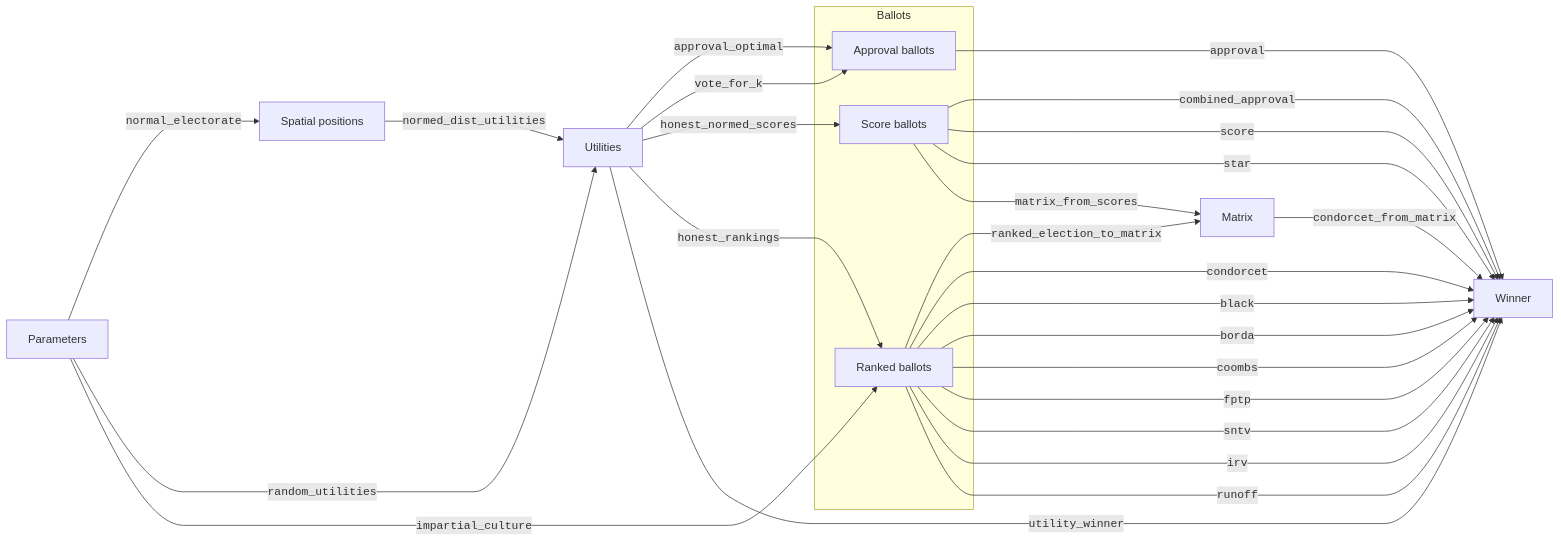
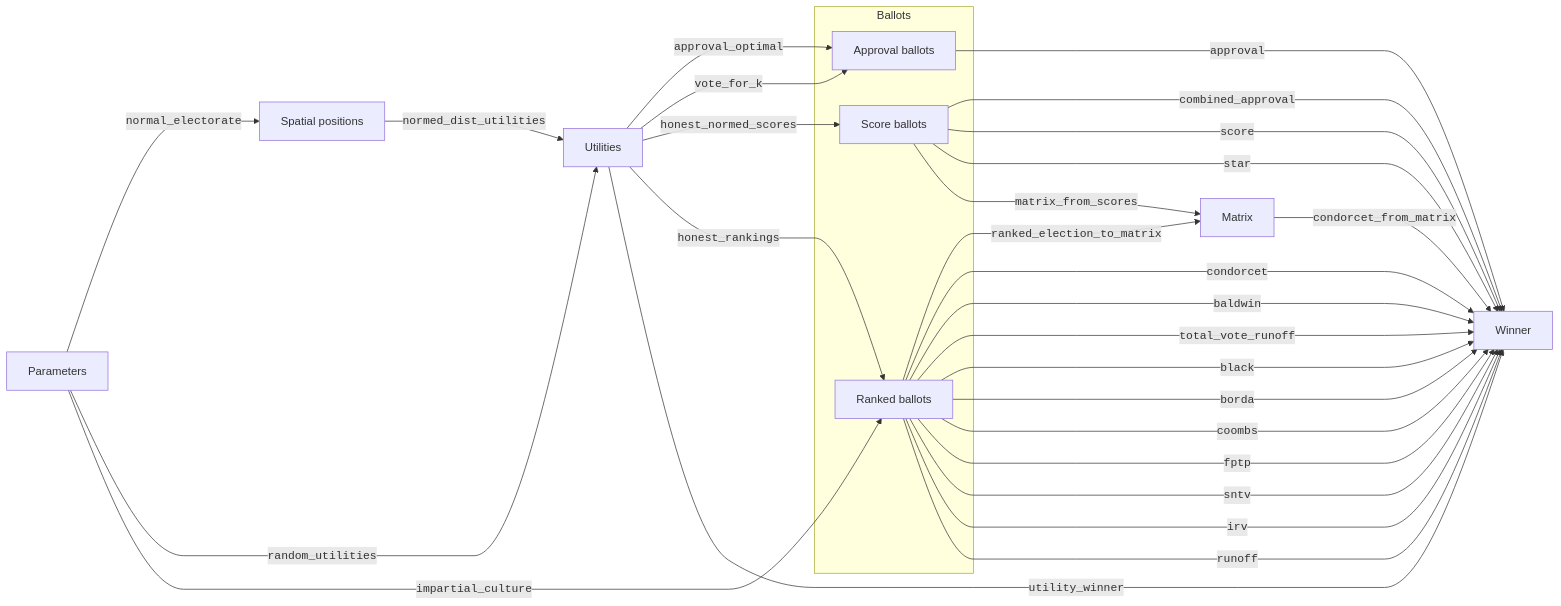
The second of 2 diagrams in README.md (endolith/elsim), drawn with Mermaid before and after one commit. The commit also changed 3 other files, not shown here.

First line of the commit message:
feat: add Baldwin's method and Total Vote Runoff

````diff
--- a/README.md
+++ b/README.md
@@ -97,59 +97,63 @@
 ```mermaid
 %%{ init: { 'flowchart': { 'curve': 'monotoneX' } } }%%
 flowchart LR
     %% elections.py
     Parameters -- <code>normal_electorate</code> --> Positions[Spatial positions]
     Positions -- <code>normed_dist_utilities</code> --> Utilities
     Parameters -- <code>random_utilities</code> --> Utilities
     Parameters -- <code>impartial_culture</code> --> ranked_ballots
 
     %% strategies.py
     Utilities -- <code>approval_optimal</code> --> approval_ballots
     Utilities -- <code>vote_for_k</code> --> approval_ballots
     Utilities -- <code>honest_normed_scores</code> --> score_ballots
     Utilities -- <code>honest_rankings</code> --> ranked_ballots
 
     subgraph Ballots
         approval_ballots[Approval ballots]
         score_ballots[Score ballots]
         ranked_ballots[Ranked ballots]
     end
 
     %% approval.py
     approval_ballots -- <code>approval</code> --> Winner
     score_ballots -- <code>combined_approval</code> --> Winner
 
     %% condorcet.py (moved out of order so it renders with fewer line collisions)
     ranked_ballots -- <code>ranked_election_to_matrix</code> --> Matrix
     Matrix -- <code>condorcet_from_matrix</code> --> Winner
     ranked_ballots -- <code>condorcet</code> --> Winner
 
+    %% baldwin.py
+    ranked_ballots -- <code>baldwin</code> --> Winner
+    ranked_ballots -- <code>total_vote_runoff</code> --> Winner
+
     %% black.py
     ranked_ballots -- <code>black</code> --> Winner
 
     %% borda.py
     ranked_ballots -- <code>borda</code> --> Winner
 
     %% coombs.py
     ranked_ballots -- <code>coombs</code> --> Winner
 
     %% fptp.py
     ranked_ballots -- <code>fptp</code> --> Winner
     ranked_ballots -- <code>sntv</code> --> Winner
 
     %% irv.py
     ranked_ballots -- <code>irv</code> --> Winner
 
     %% runoff.py
     ranked_ballots -- <code>runoff</code> --> Winner
 
     %% score.py
     score_ballots -- <code>score</code> --> Winner
 
     %% star.py
     score_ballots -- <code>star</code> --> Winner
     score_ballots -- <code>matrix_from_scores</code> --> Matrix
 
     %% utility_winner.py
     Utilities -- <code>utility_winner</code> --> Winner
 ```
````
